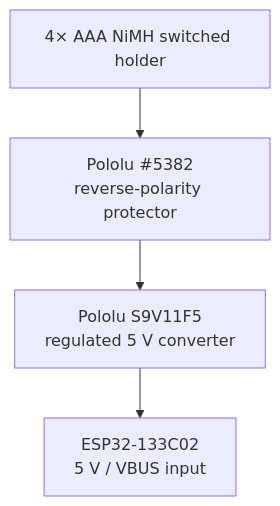
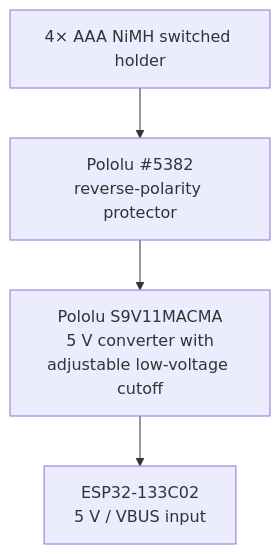
Before and after one commit to Maokx1/hof_frame: the first of 2 diagrams in docs/PLAN.md, drawn with Mermaid. The commit also changed other lines of this file and 1 other file, not shown here.

First line of the commit message:
docs(power): document adjustable battery cutoff

````diff
--- a/docs/PLAN.md
+++ b/docs/PLAN.md
@@ -21,9 +21,9 @@
 ```mermaid
 flowchart TD
     A["4× AAA NiMH switched holder"]
     B["Pololu #5382<br/>reverse-polarity protector"]
-    C["Pololu S9V11F5<br/>regulated 5 V converter"]
+    C["Pololu S9V11MACMA<br/>5 V converter with<br/>adjustable low-voltage cutoff"]
     D["ESP32-133C02<br/>5 V / VBUS input"]
 
     A --> B --> C --> D
 ```
````
